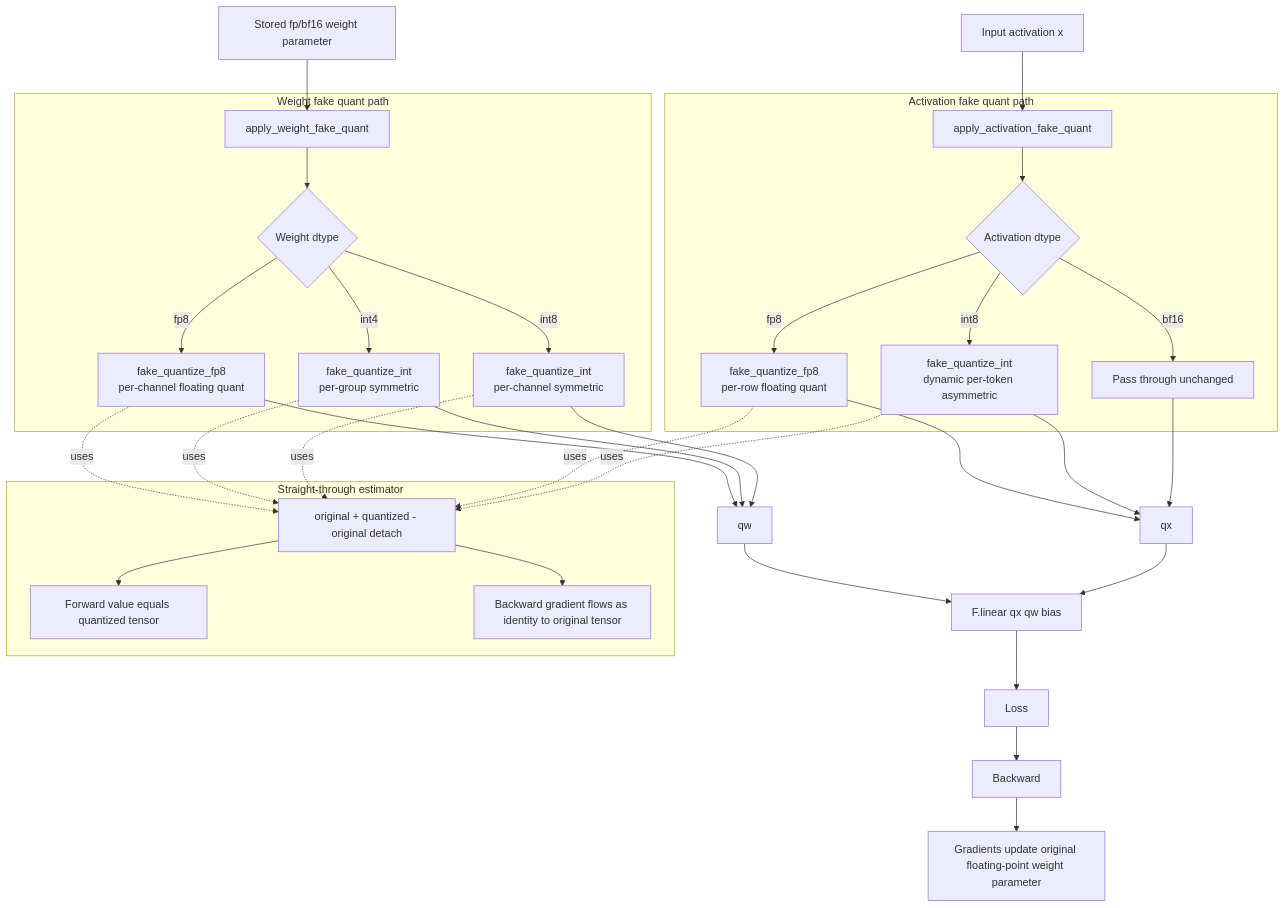
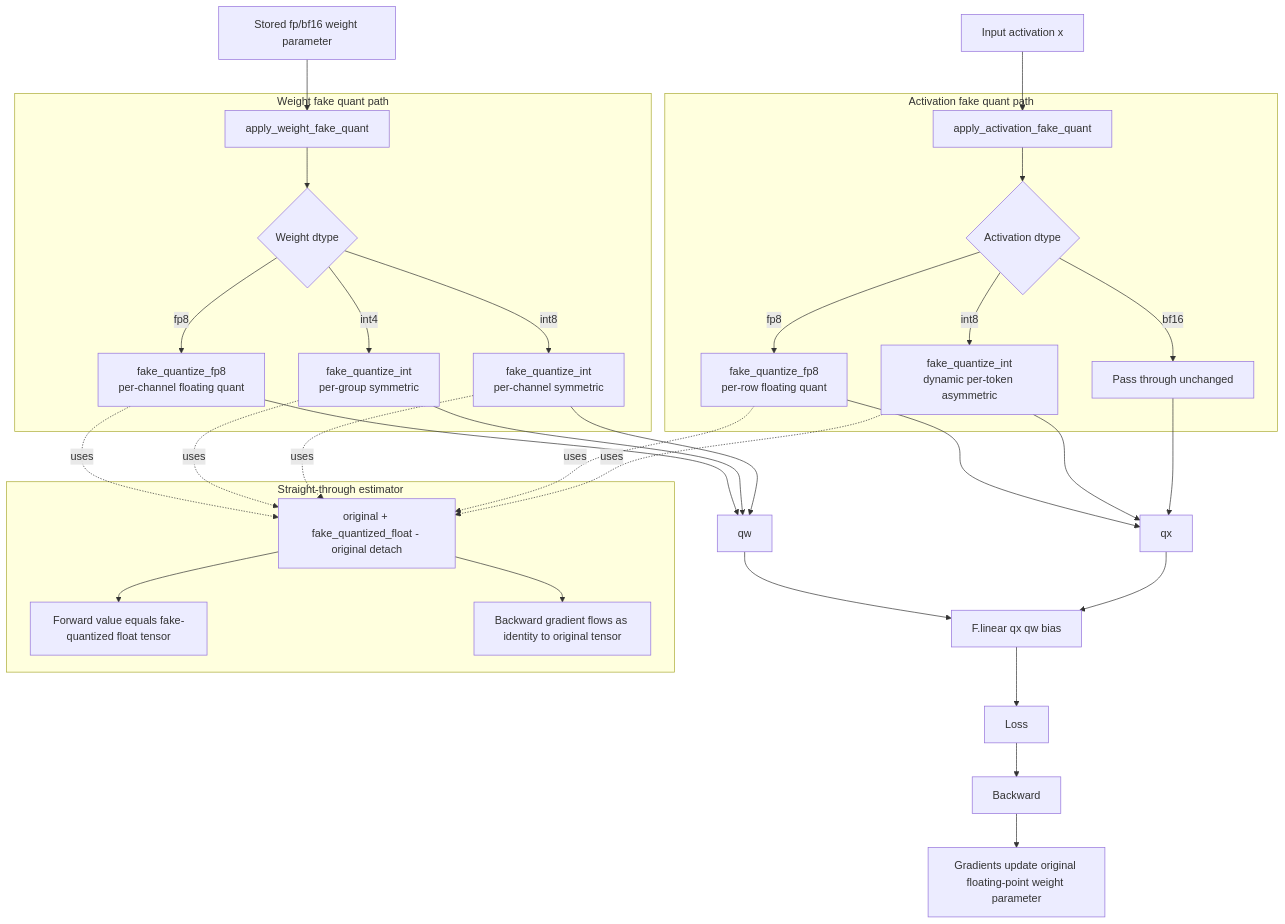
Before and after one commit to shreyansh26/quantization-aware-training: the second of 3 diagrams in README.md, drawn with Mermaid. The commit also changed other lines of this file, not shown here.

Commit message:
Clarify fake-quantized float naming in README

````diff
--- a/README.md
+++ b/README.md
@@ -236,44 +236,44 @@
 ```mermaid
 flowchart TD
     A[Input activation x] --> B[apply_activation_fake_quant]
     W[Stored fp/bf16 weight parameter] --> C[apply_weight_fake_quant]
 
     subgraph ActivationPath[Activation fake quant path]
         B --> B1{Activation dtype}
         B1 -->|bf16| B2[Pass through unchanged]
         B1 -->|int8| B3[fake_quantize_int<br/>dynamic per-token asymmetric]
         B1 -->|fp8| B4[fake_quantize_fp8<br/>per-row floating quant]
     end
 
     subgraph WeightPath[Weight fake quant path]
         C --> C1{Weight dtype}
         C1 -->|int8| C2[fake_quantize_int<br/>per-channel symmetric]
         C1 -->|int4| C3[fake_quantize_int<br/>per-group symmetric]
         C1 -->|fp8| C4[fake_quantize_fp8<br/>per-channel floating quant]
     end
 
     B2 --> D[qx]
     B3 --> D
     B4 --> D
     C2 --> E[qw]
     C3 --> E
     C4 --> E
 
     D --> F[F.linear qx qw bias]
     E --> F
     F --> G[Loss]
     G --> H[Backward]
 
     subgraph STE[Straight-through estimator]
-        S1[original + quantized - original detach] --> S2[Forward value equals quantized tensor]
+        S1[original + fake_quantized_float - original detach] --> S2[Forward value equals fake-quantized float tensor]
         S1 --> S3[Backward gradient flows as identity to original tensor]
     end
 
     B3 -.uses .-> S1
     B4 -.uses .-> S1
     C2 -.uses .-> S1
     C3 -.uses .-> S1
     C4 -.uses .-> S1
 
     H --> I[Gradients update original floating-point weight parameter]
 ```
````
